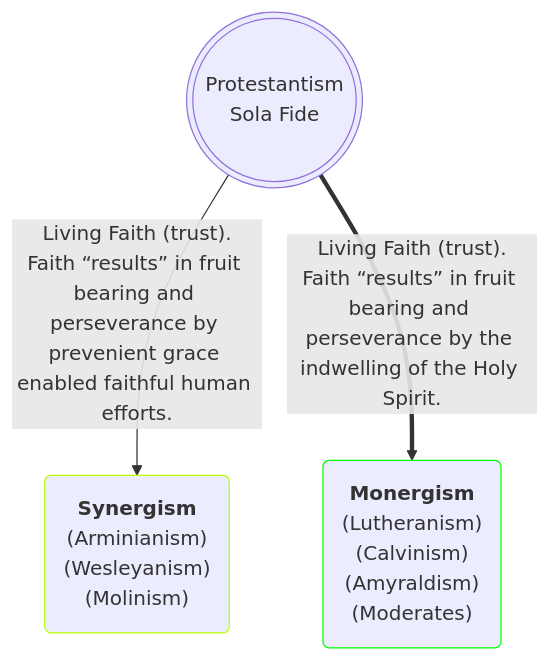
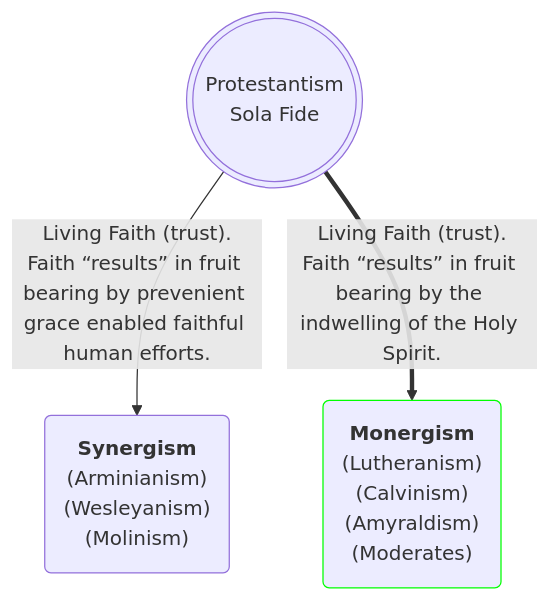
One commit to OrdoLuminis/ordoluminis.github.io changed the second of 2 diagrams in _posts/2025-08-03-historic-protestant-position.markdown. Above: the diagram before and after it, drawn with Mermaid. The commit also changed other lines of this file, not shown here.

````diff
--- a/_posts/2025-08-03-historic-protestant-position.markdown
+++ b/_posts/2025-08-03-historic-protestant-position.markdown
@@ -109,8 +109,8 @@
 ```mermaid
 flowchart TD
     A(((Protestantism<br>Sola Fide)))
-    A -->|Living Faith &lpar;trust&rpar;.<br>Faith &ldquo;results&rdquo; in fruit bearing and perseverance by prevenient grace enabled faithful human efforts.| F(<strong>Synergism</strong><br>&lpar;Arminianism&rpar;<br>&lpar;Wesleyanism&rpar;<br>&lpar;Molinism&rpar;):::lightgreen
-    A ==>|Living Faith &lpar;trust&rpar;.<br>Faith &ldquo;results&rdquo; in fruit bearing and perseverance by the indwelling of the Holy Spirit.| E(<strong>Monergism</strong><br>&lpar;Lutheranism&rpar;<br>&lpar;Calvinism&rpar;<br>&lpar;Amyraldism&rpar;<br>&lpar;Moderates&rpar;):::green
+    A -->|Living Faith &lpar;trust&rpar;.<br>Faith &ldquo;results&rdquo; in fruit bearing by prevenient grace enabled faithful human efforts.| F(<strong>Synergism</strong><br>&lpar;Arminianism&rpar;<br>&lpar;Wesleyanism&rpar;<br>&lpar;Molinism&rpar;):::orange
+    A ==>|Living Faith &lpar;trust&rpar;.<br>Faith &ldquo;results&rdquo; in fruit bearing by the indwelling of the Holy Spirit.| E(<strong>Monergism</strong><br>&lpar;Lutheranism&rpar;<br>&lpar;Calvinism&rpar;<br>&lpar;Amyraldism&rpar;<br>&lpar;Moderates&rpar;):::green
     classDef green stroke:#0f0
     classDef lightgreen stroke:#Bf0
 ```
````
